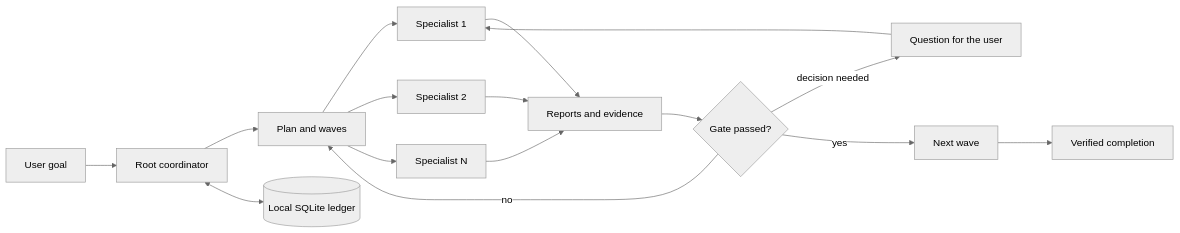
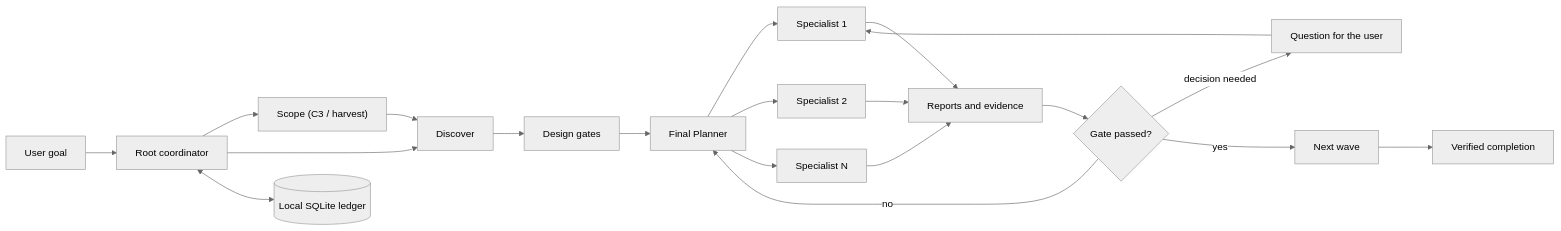
Before and after one commit to igovet/codex-cortex-orchestrator: the diagram in README.md, drawn with Mermaid (neutral theme). The commit also changed other lines of this file and 37 other files, not shown here.

````diff
--- a/README.md
+++ b/README.md
@@ -498,18 +503,22 @@
 ```mermaid
 flowchart LR
     U["User goal"] --> R["Root coordinator"]
-    R --> P["Plan and waves"]
+    R --> S["Scope (C3 / harvest)"]
+    S --> D["Discover"]
+    R --> D
+    D --> A["Design gates"]
+    A --> P["Final Planner"]
     P --> W1["Specialist 1"]
     P --> W2["Specialist 2"]
     P --> W3["Specialist N"]
     W1 --> B["Reports and evidence"]
     W2 --> B
     W3 --> B
     B --> G{"Gate passed?"}
     G -- "no" --> P
     G -- "decision needed" --> Q["Question for the user"]
     Q --> W1
     G -- "yes" --> N["Next wave"]
     N --> C["Verified completion"]
     R <--> L[("Local SQLite ledger")]
 ```
````
